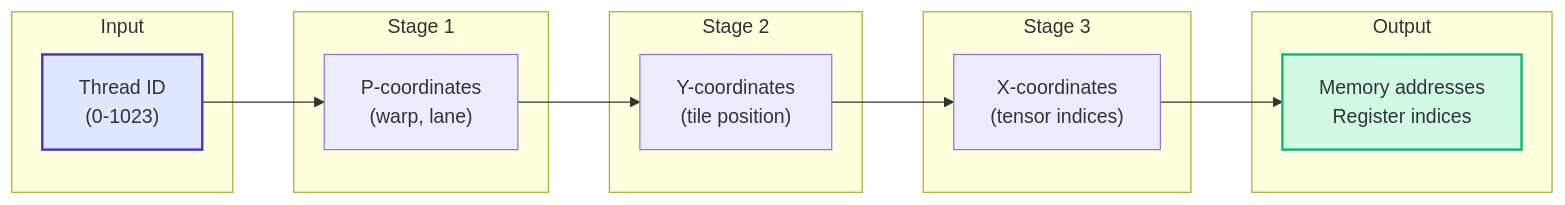
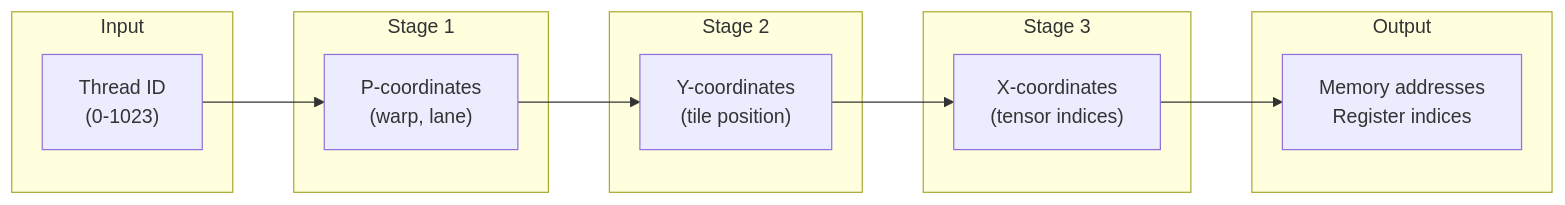
One commit to hdt98/rocm-libraries changed the sixth of 7 diagrams in projects/composablekernel/docs/conceptual/ck_tile/tile_distribution.rst. Above: the diagram before and after it, drawn with Mermaid. The commit also changed other lines of this file and 21 other files, not shown here.

First line of the commit message:
[ck] Updated CK Tile documentation to use mermaid diagrams (#7955)

```diff
--- a/projects/composablekernel/docs/conceptual/ck_tile/tile_distribution.rst
+++ b/projects/composablekernel/docs/conceptual/ck_tile/tile_distribution.rst
@@ -520,30 +436,27 @@
-      .. mermaid::
-      
-         graph LR
-             subgraph "Input"
-                 TID["Thread ID<br/>(0-1023)"]
-             end
-   
-             subgraph "Stage 1"
-                 P["P-coordinates<br/>(warp, lane)"]
-             end
-   
-             subgraph "Stage 2"
-                 Y["Y-coordinates<br/>(tile position)"]
-             end
-   
-             subgraph "Stage 3"
-                 X["X-coordinates<br/>(tensor indices)"]
-             end
-   
-             subgraph "Output"
-                 ADDR["Memory addresses<br/>Register indices"]
-             end
-   
-             TID --> P
-             P --> Y
-             Y --> X
-             X --> ADDR
-   
-             style TID fill:#e0e7ff,stroke:#4338ca,stroke-width:2px
-             style ADDR fill:#d1fae5,stroke:#10b981,stroke-width:2px
+.. mermaid::
+
+   graph LR
+       subgraph "Input"
+           TID["Thread ID<br/>(0-1023)"]
+       end
+
+       subgraph "Stage 1"
+           P["P-coordinates<br/>(warp, lane)"]
+       end
+
+       subgraph "Stage 2"
+           Y["Y-coordinates<br/>(tile position)"]
+       end
+
+       subgraph "Stage 3"
+           X["X-coordinates<br/>(tensor indices)"]
+       end
+
+       subgraph "Output"
+           ADDR["Memory addresses<br/>Register indices"]
+       end
+
+       TID --> P
+       P --> Y
+       Y --> X
+       X --> ADDR
```
